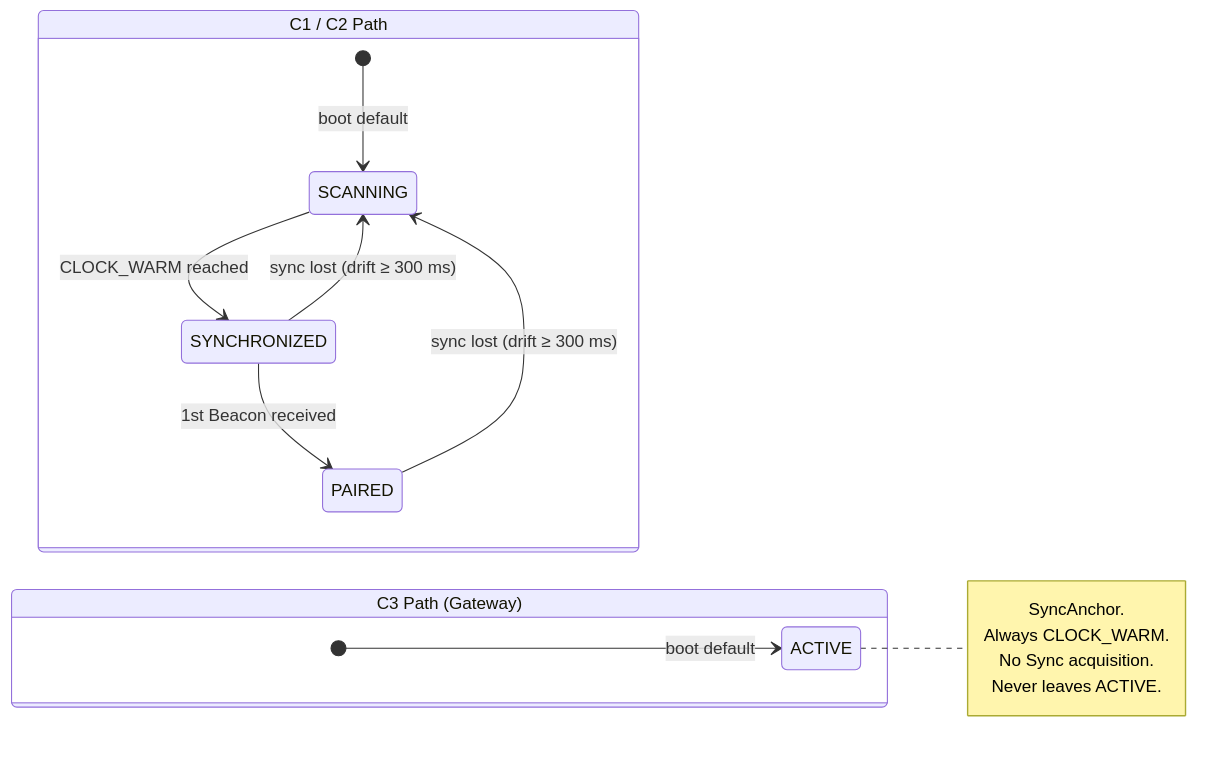
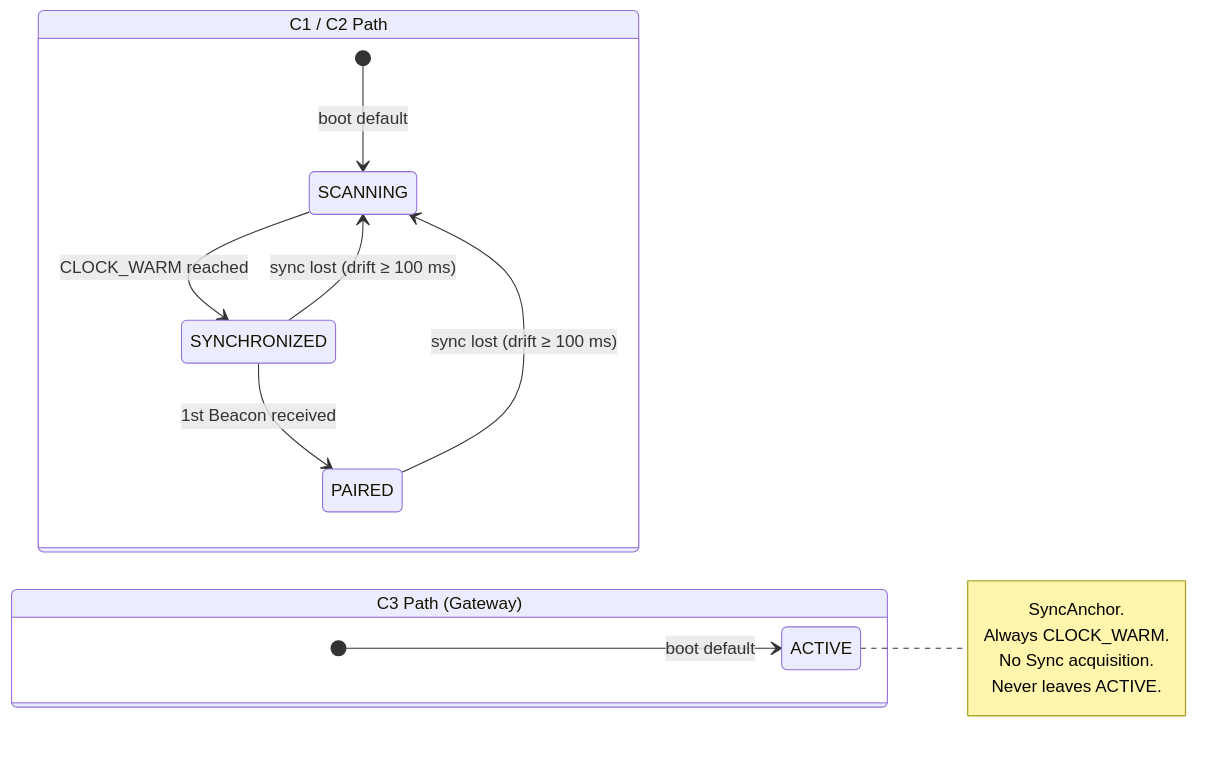
Before and after one commit to ArcLoRaM/firmware: the second of 3 diagrams in docs/diagrams/02-mac-clock-state-machine.md, drawn with Mermaid. The commit also changed other lines of this file and 166 other files, not shown here.

````diff
--- a/docs/diagrams/02-mac-clock-state-machine.md
+++ b/docs/diagrams/02-mac-clock-state-machine.md
@@ -46,24 +47,24 @@
 ```mermaid
 stateDiagram-v2
     direction LR
 
     state "C1 / C2 Path" as c1c2 {
         [*] --> SCANNING : boot default
 
         SCANNING --> SYNCHRONIZED : CLOCK_WARM reached
         SYNCHRONIZED --> PAIRED : 1st Beacon received
 
-        PAIRED --> SCANNING : sync lost (drift ≥ 300 ms)
-        SYNCHRONIZED --> SCANNING : sync lost (drift ≥ 300 ms)
+        PAIRED --> SCANNING : sync lost (drift ≥ 100 ms)
+        SYNCHRONIZED --> SCANNING : sync lost (drift ≥ 100 ms)
     }
 
     state "C3 Path (Gateway)" as c3 {
         [*] --> ACTIVE : boot default
         note right of ACTIVE
             SyncAnchor.
             Always CLOCK_WARM.
             No Sync acquisition.
             Never leaves ACTIVE.
         end note
     }
 ```
````
